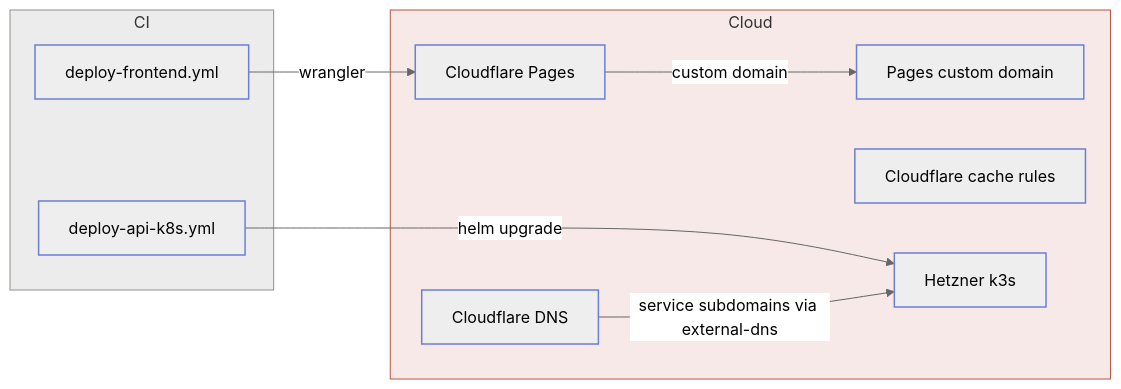
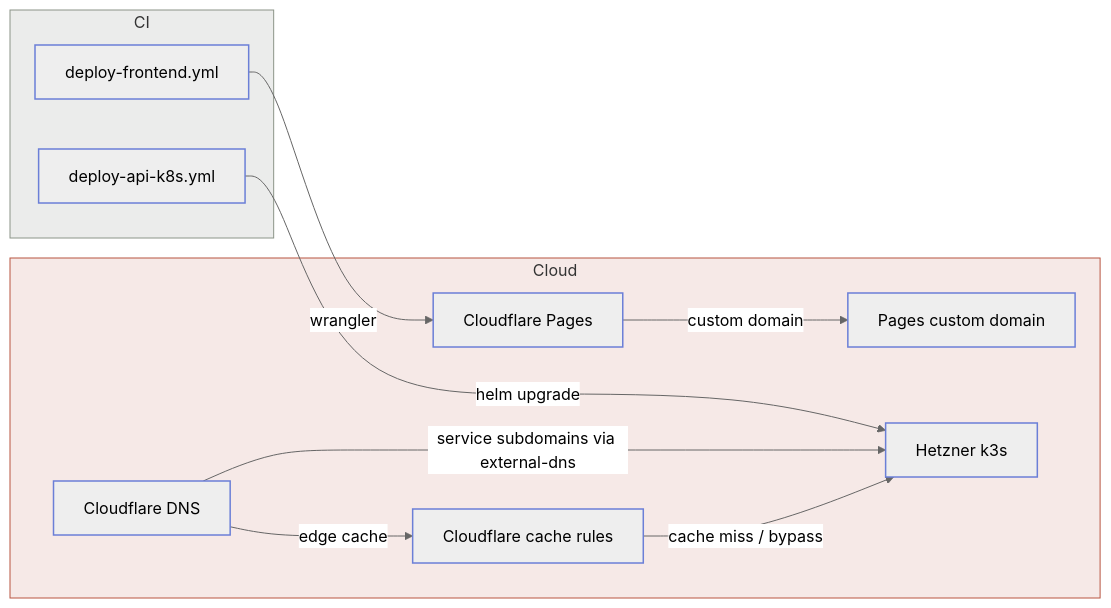
Before and after one commit to Ishou/wordsparrow: the second of 5 diagrams in README.md, drawn with Mermaid (neutral theme). The commit also changed 1 other file, not shown here.

Commit message:
docs(adr-0089): connect cacherules node to the cloud diagram
The new Cloudflare cache rule sits between DNS resolution and the
k3s cluster on the path to api.<custom_domain>; without a deploy_edges
entry it rendered as an isolated node with no relationship to the rest
of the topology, undermining the diagram's stated purpose.

````diff
--- a/README.md
+++ b/README.md
@@ -128,21 +128,23 @@
 ```mermaid
 flowchart LR
   subgraph CI
     deploy_api_k8s["deploy-api-k8s.yml"]
     deploy_frontend["deploy-frontend.yml"]
   end
   subgraph Cloud
     pages["Cloudflare Pages"]
     pagesdomain["Pages custom domain"]
     dns["Cloudflare DNS"]
     cacherules["Cloudflare cache rules"]
     k3s["Hetzner k3s"]
   end
   deploy_frontend -->|wrangler| pages
   deploy_api_k8s -->|helm upgrade| k3s
   pages -->|custom domain| pagesdomain
   dns -->|service subdomains via external-dns| k3s
+  dns -->|edge cache| cacherules
+  cacherules -->|cache miss / bypass| k3s
   style CI fill:#5a655a1f,stroke:#8b9488;
   style Cloud fill:#b8554020,stroke:#b85540;
   classDef default stroke:#6b7fd7,stroke-width:1.5px;
 ```
````
